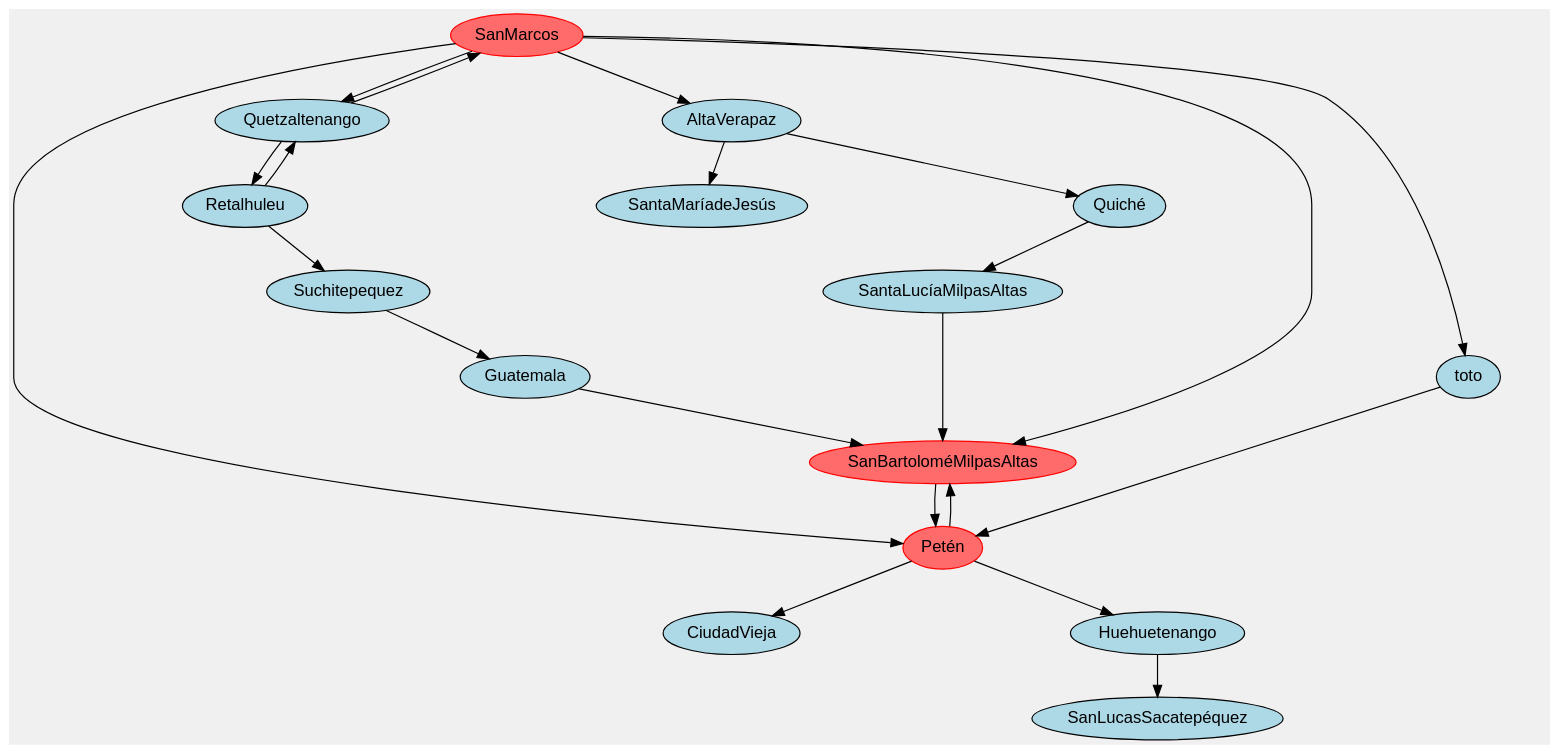
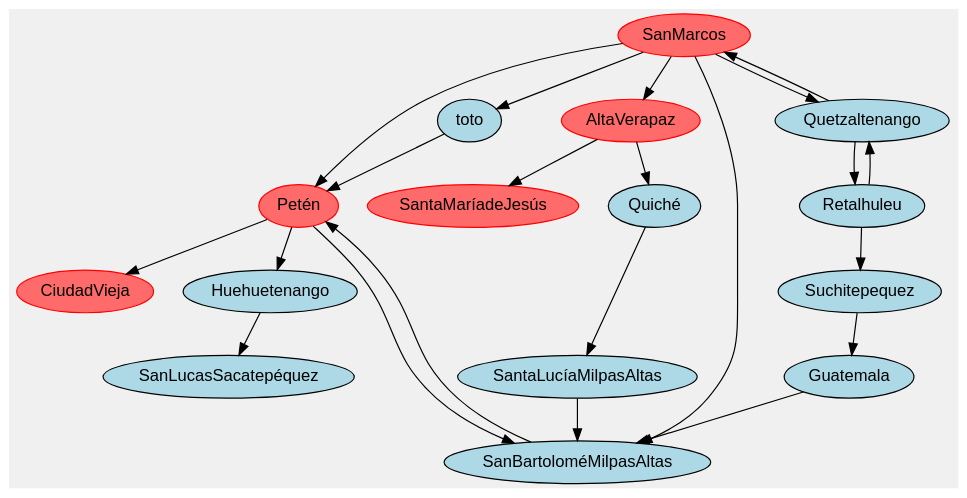
Before and after one commit to Gerardo-Mantanico/TravelMap_GT: the diagram in src/main/resources/img/mapaInicial.dot, drawn with Graphviz. The commit also changed 68 other files, not shown here.

```diff
--- a/src/main/resources/img/mapaInicial.dot
+++ b/src/main/resources/img/mapaInicial.dot
@@ -1,23 +1,23 @@
 digraph G { 
  fontname="Helvetica,Arial,sans-serif"
     bgcolor="#f0f0f0";
     node [fontname="Helvetica,Arial,sans-serif"];
     edge [fontname="Helvetica,Arial,sans-serif"];
     graph [ratio=0.5];
-node [shape = oval, color=red style=filled, fillcolor=indianred1];SanMarcos SanBartoloméMilpasAltas Petén ; 
+node [shape = oval, color=red style=filled, fillcolor=indianred1];CiudadVieja Petén SanMarcos AltaVerapaz SantaMaríadeJesús ; 
  node [shape = oval color=black style=filled fillcolor=lightblue]AltaVerapaz ->  {SantaMaríadeJesús  Quiché  } 
  SantaMaríadeJesús ->  {} 
  Petén ->  {CiudadVieja  Huehuetenango  SanBartoloméMilpasAltas  } 
  CiudadVieja ->  {} 
  Quetzaltenango ->  {Retalhuleu  SanMarcos  } 
  Retalhuleu ->  {Quetzaltenango  Suchitepequez  } 
  SanMarcos ->  {Quetzaltenango  SanBartoloméMilpasAltas  AltaVerapaz  Petén  toto  } 
  Suchitepequez ->  {Guatemala  } 
  Guatemala ->  {SanBartoloméMilpasAltas  } 
  SanBartoloméMilpasAltas ->  {Petén  } 
  Huehuetenango ->  {SanLucasSacatepéquez  } 
  SanLucasSacatepéquez ->  {} 
  Quiché ->  {SantaLucíaMilpasAltas  } 
  SantaLucíaMilpasAltas ->  {SanBartoloméMilpasAltas  } 
  toto ->  {Petén  } 
  }
```
